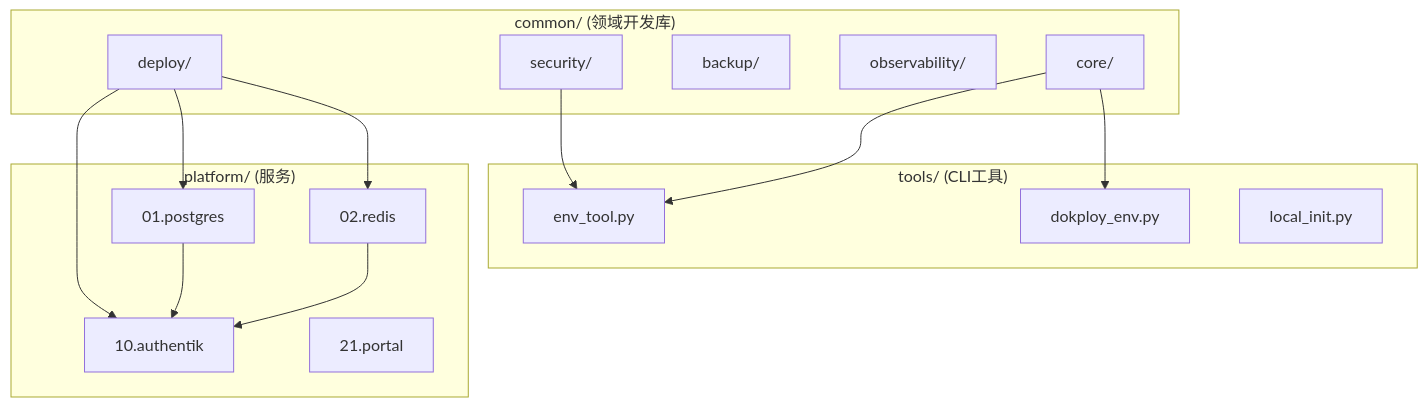
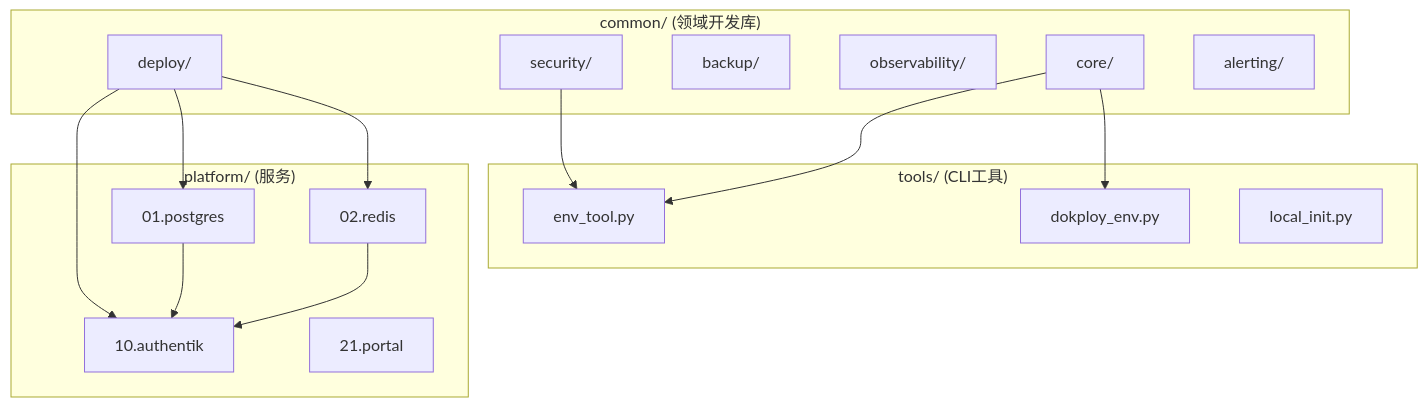
Before and after one commit to wangzitian0/infra2: the diagram in docs/ssot/platform.automation.md, drawn with Mermaid. The commit also changed other lines of this file and 10 other files, not shown here.

````diff
--- a/docs/ssot/platform.automation.md
+++ b/docs/ssot/platform.automation.md
@@ -31,32 +31,33 @@
 ```mermaid
 flowchart TB
     subgraph Libs["common/ (领域开发库)"]
         Core[core/]
         Security[security/]
         Backup[backup/]
         Observability[observability/]
         Deploy[deploy/]
+        Alerting[alerting/]
     end
     
     subgraph Tools["tools/ (CLI工具)"]
         EnvTool[env_tool.py]
         DokployEnv[dokploy_env.py]
         LocalInit[local_init.py]
     end
     
     subgraph Platform["platform/ (服务)"]
         PG[01.postgres]
         RD[02.redis]
         AUTH[10.authentik]
         PORTAL[21.portal]
     end
     
     Deploy --> PG
     Deploy --> RD
     Deploy --> AUTH
     Security --> EnvTool
     Core --> EnvTool
     Core --> DokployEnv
     PG --> AUTH
     RD --> AUTH
 ```
````
